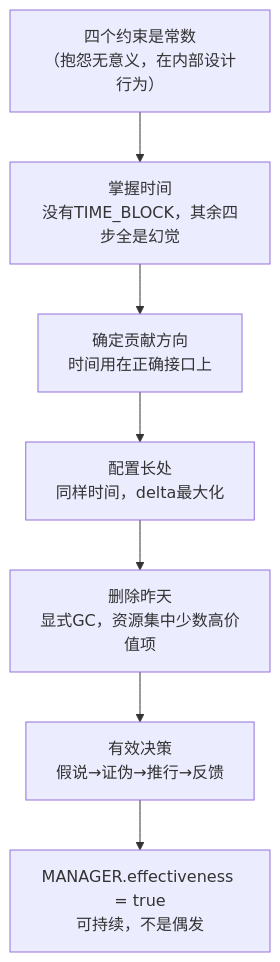
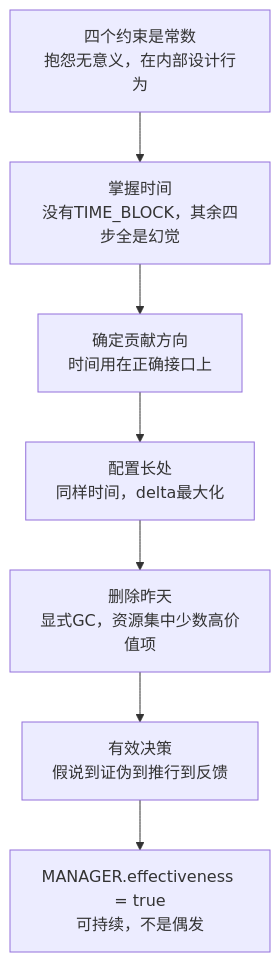
One commit to Kizero/book changed the third of 3 diagrams in book26H1/shen260323/00_全书ER骨架.md. Above: the diagram before and after it, drawn with Mermaid. The commit also changed other lines of this file and 8 other files, not shown here.

First line of the commit message:
complete rewrite of all 9 shen260323 files: mermaid + 沈老师 persona

````diff
--- a/book26H1/shen260323/00_全书ER骨架.md
+++ b/book26H1/shen260323/00_全书ER骨架.md
@@ -84,17 +84,17 @@
 ```mermaid
 graph TD
-    A["四个约束是常数<br/>（抱怨无意义，在内部设计行为）"]
+    A["四个约束是常数<br/>抱怨无意义，在内部设计行为"]
     B["掌握时间<br/>没有TIME_BLOCK，其余四步全是幻觉"]
     C["确定贡献方向<br/>时间用在正确接口上"]
     D["配置长处<br/>同样时间，delta最大化"]
     E["删除昨天<br/>显式GC，资源集中少数高价值项"]
-    F["有效决策<br/>假说→证伪→推行→反馈"]
+    F["有效决策<br/>假说到证伪到推行到反馈"]
     G["MANAGER.effectiveness = true<br/>可持续，不是偶发"]
 
     A --> B
     B --> C
     C --> D
     D --> E
     E --> F
     F --> G
 ```
````
